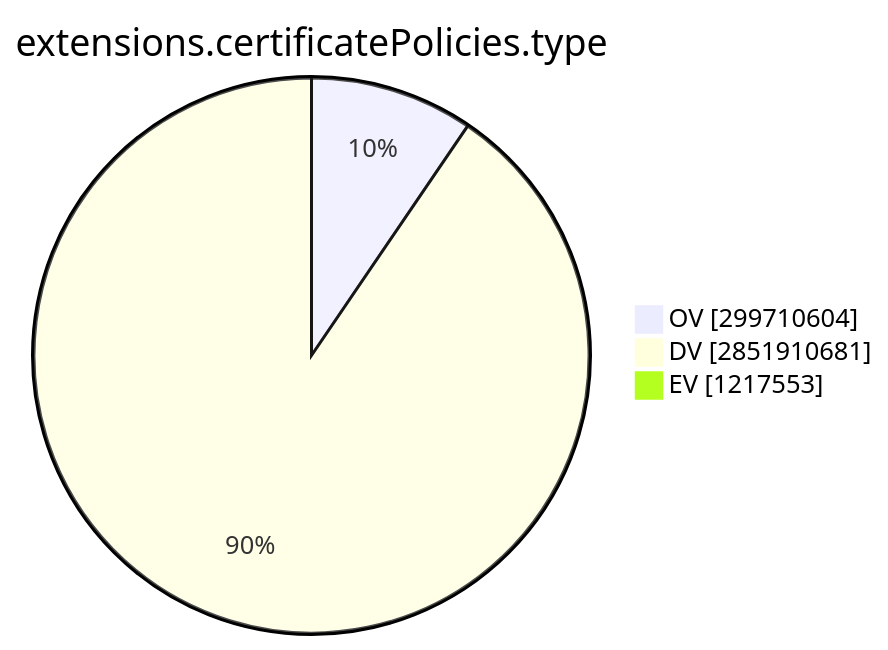
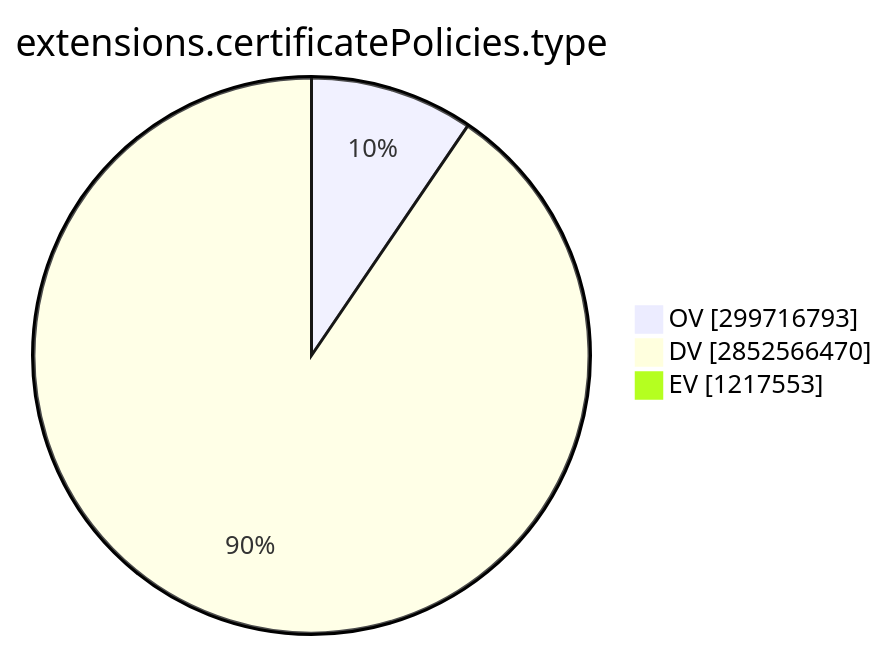
One commit to christiankrug/ctmonitor_visualization changed the ninth of 15 diagrams in TOTAL/README.md. Above: the diagram before and after it, drawn with Mermaid. The commit also changed other lines of this file, not shown here.

````diff
--- a/TOTAL/README.md
+++ b/TOTAL/README.md
@@ -3101,7 +3101,7 @@
 ```mermaid
 pie showData
 title extensions.certificatePolicies.type
-"OV" :299710604
-"DV" :2851910681
+"OV" :299716793
+"DV" :2852566470
 "EV" :1217553
 ```
````
